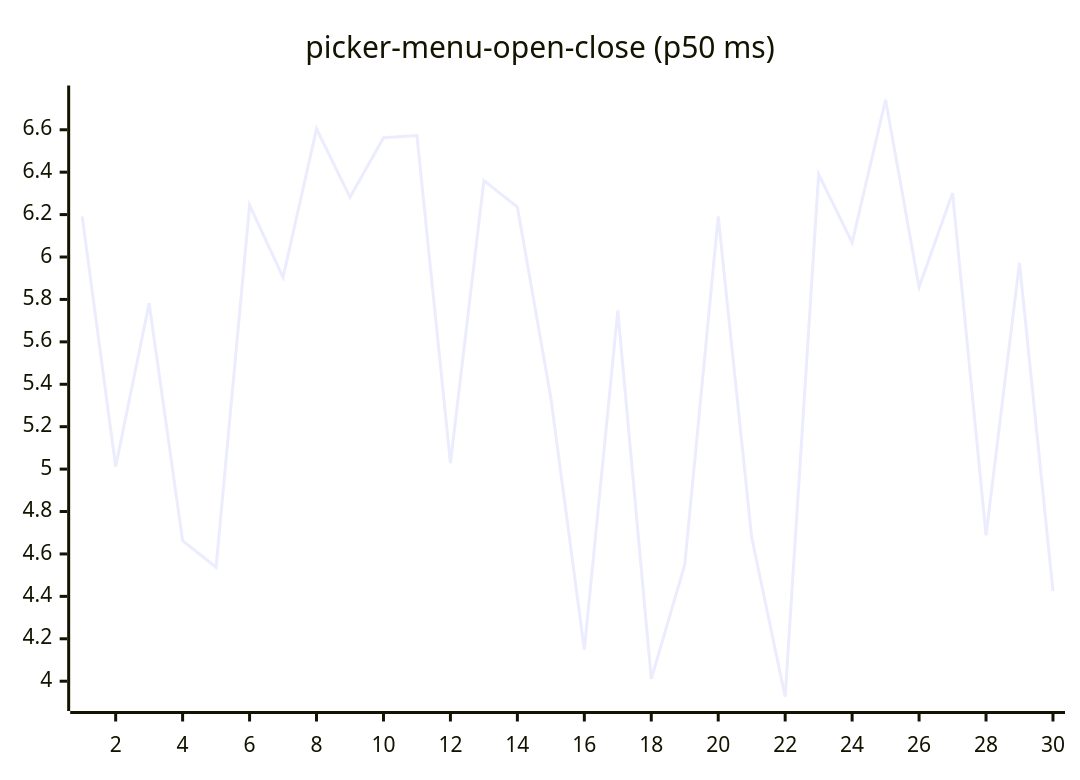
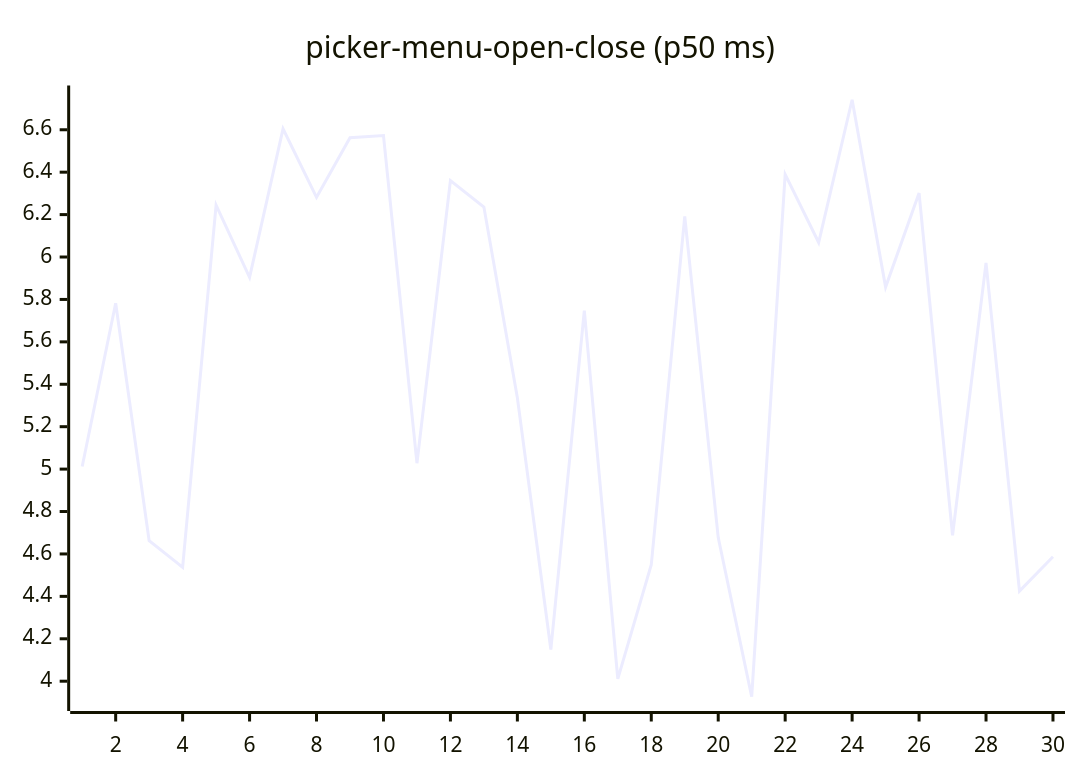
Before and after one commit to josha/Facet: diagram 16 of 27 in README.md, drawn with Mermaid. The commit also changed other lines of this file and 2 other files, not shown here.

````diff
--- a/README.md
+++ b/README.md
@@ -168,6 +168,6 @@
 ```mermaid
 xychart-beta
     title "picker-menu-open-close (p50 ms)"
     x-axis 1 --> 30
-    line [6.1912, 5.0120, 5.7822, 4.6627, 4.5372, 6.2442, 5.9038, 6.6044, 6.2815, 6.5623, 6.5728, 5.0278, 6.3599, 6.2355, 5.3362, 4.1492, 5.7473, 4.0112, 4.5489, 6.1919, 4.6774, 3.9267, 6.3897, 6.0683, 6.7415, 5.8582, 6.3016, 4.6878, 5.9725, 4.4246]
+    line [5.0120, 5.7822, 4.6627, 4.5372, 6.2442, 5.9038, 6.6044, 6.2815, 6.5623, 6.5728, 5.0278, 6.3599, 6.2355, 5.3362, 4.1492, 5.7473, 4.0112, 4.5489, 6.1919, 4.6774, 3.9267, 6.3897, 6.0683, 6.7415, 5.8582, 6.3016, 4.6878, 5.9725, 4.4246, 4.5868]
 ```
````
